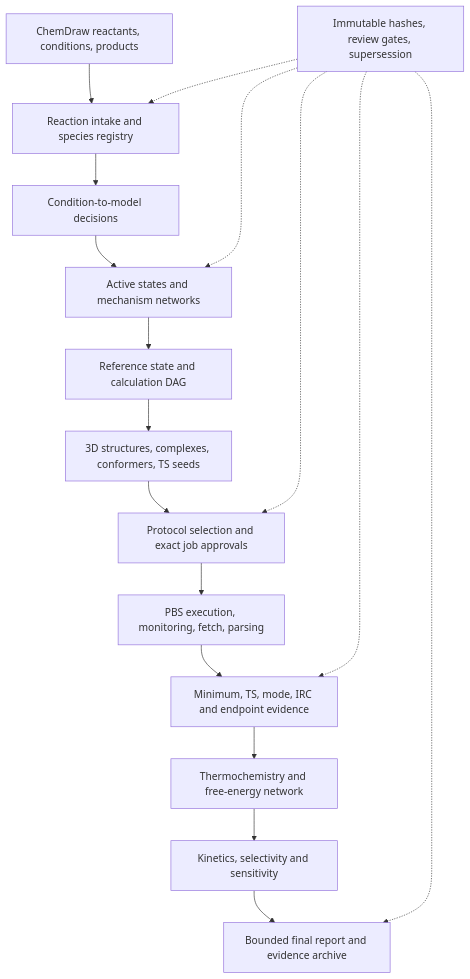
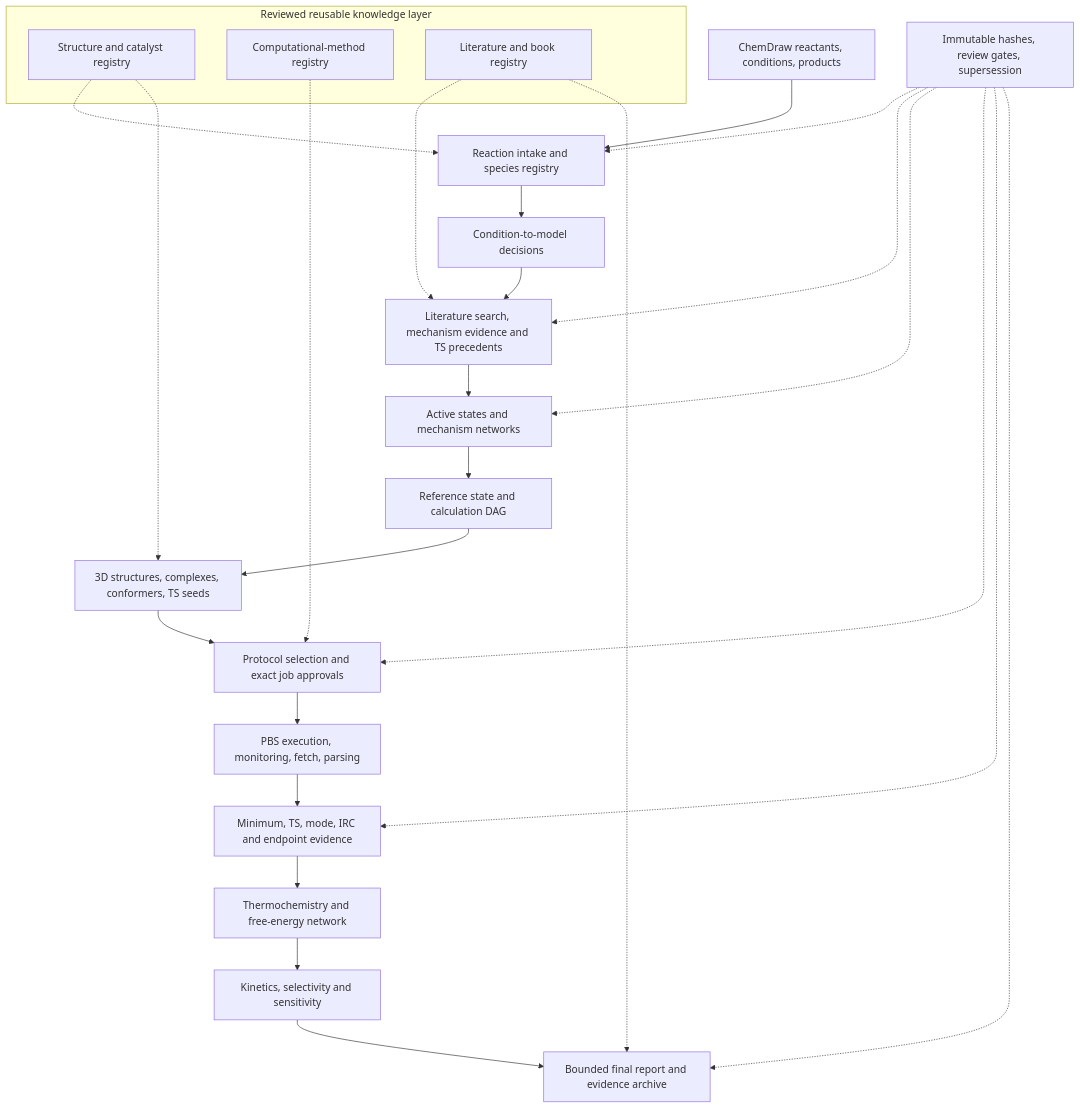
One commit to anakine800-tech/Auto-Gaussian changed the diagram in docs/end-to-end-reaction-computation-workflow.md. Above: the diagram before and after it, drawn with Mermaid. The commit also changed other lines of this file and 215 other files, not shown here.

````diff
--- a/docs/end-to-end-reaction-computation-workflow.md
+++ b/docs/end-to-end-reaction-computation-workflow.md
@@ -65,19 +69,31 @@
 ```mermaid
 flowchart TD
     A["ChemDraw reactants, conditions, products"] --> B["Reaction intake and species registry"]
     B --> C["Condition-to-model decisions"]
-    C --> D["Active states and mechanism networks"]
-    D --> E["Reference state and calculation DAG"]
-    E --> F["3D structures, complexes, conformers, TS seeds"]
-    F --> G["Protocol selection and exact job approvals"]
-    G --> H["PBS execution, monitoring, fetch, parsing"]
-    H --> I["Minimum, TS, mode, IRC and endpoint evidence"]
-    I --> J["Thermochemistry and free-energy network"]
-    J --> K["Kinetics, selectivity and sensitivity"]
-    K --> L["Bounded final report and evidence archive"]
+    C --> D["Literature search, mechanism evidence and TS precedents"]
+    D --> E["Active states and mechanism networks"]
+    E --> F["Reference state and calculation DAG"]
+    F --> G["3D structures, complexes, conformers, TS seeds"]
+    G --> H["Protocol selection and exact job approvals"]
+    H --> I["PBS execution, monitoring, fetch, parsing"]
+    I --> J["Minimum, TS, mode, IRC and endpoint evidence"]
+    J --> K["Thermochemistry and free-energy network"]
+    K --> L["Kinetics, selectivity and sensitivity"]
+    L --> N["Bounded final report and evidence archive"]
     M["Immutable hashes, review gates, supersession"] -.-> B
     M -.-> D
-    M -.-> G
-    M -.-> I
-    M -.-> L
+    M -.-> E
+    M -.-> H
+    M -.-> J
+    M -.-> N
+    subgraph KB["Reviewed reusable knowledge layer"]
+        O["Structure and catalyst registry"]
+        P["Computational-method registry"]
+        Q["Literature and book registry"]
+    end
+    O -.-> B
+    O -.-> G
+    P -.-> H
+    Q -.-> D
+    Q -.-> N
 ```
````
